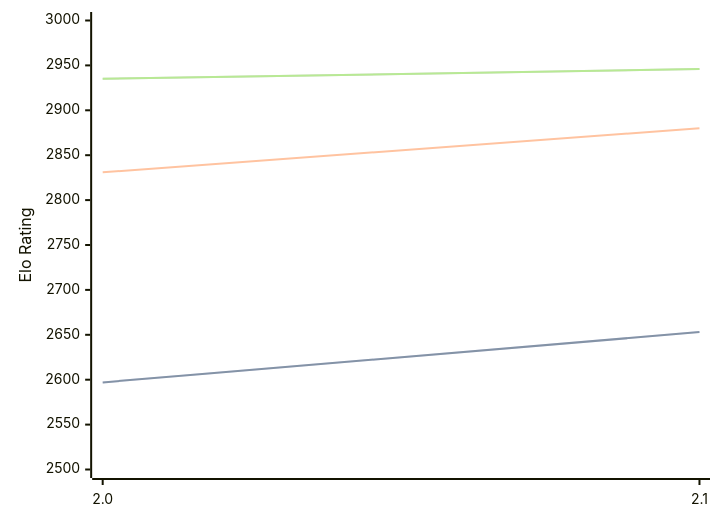
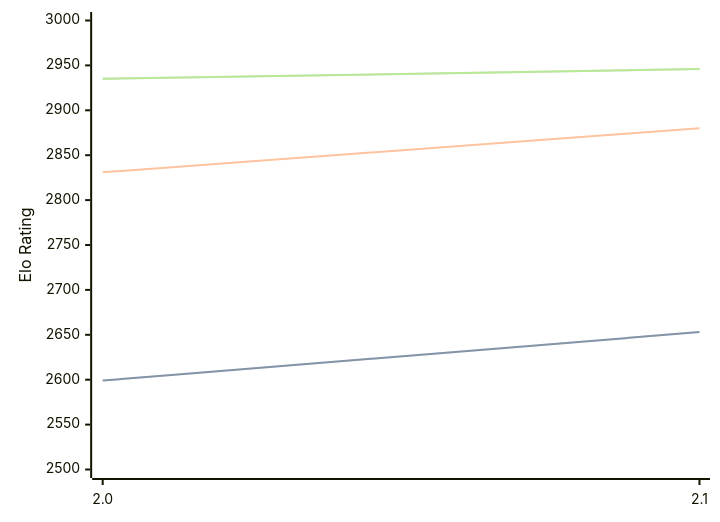
Before and after one commit to computer-chess-index/cci: the diagram in engines/Noggin.md, drawn with Mermaid. The commit also changed other lines of this file, not shown here.

````diff
--- a/engines/Noggin.md
+++ b/engines/Noggin.md
@@ -33,11 +33,11 @@
 ```mermaid
 %%{init: {"theme":"base","themeVariables":{"seriesColors:['#a3a3a3','#222221','#faa371']}}}%%
 xychart-beta
   x-axis ["2.0", "2.1"]
   y-axis "Elo Rating" 2500 --> 3000
-  line "" [2597, 2653]
-  line "STC (8.0+0.08s)" [2597, 2653]
+  line "" [2599, 2653]
+  line "STC (8.0+0.08s)" [2599, 2653]
   line "LTC (60.0+0.60s)" [2831, 2880]
   line "" [2935, 2946]
   line "VLTC (2m24s+1.12s)" [2935, 2946]
 ```
````
